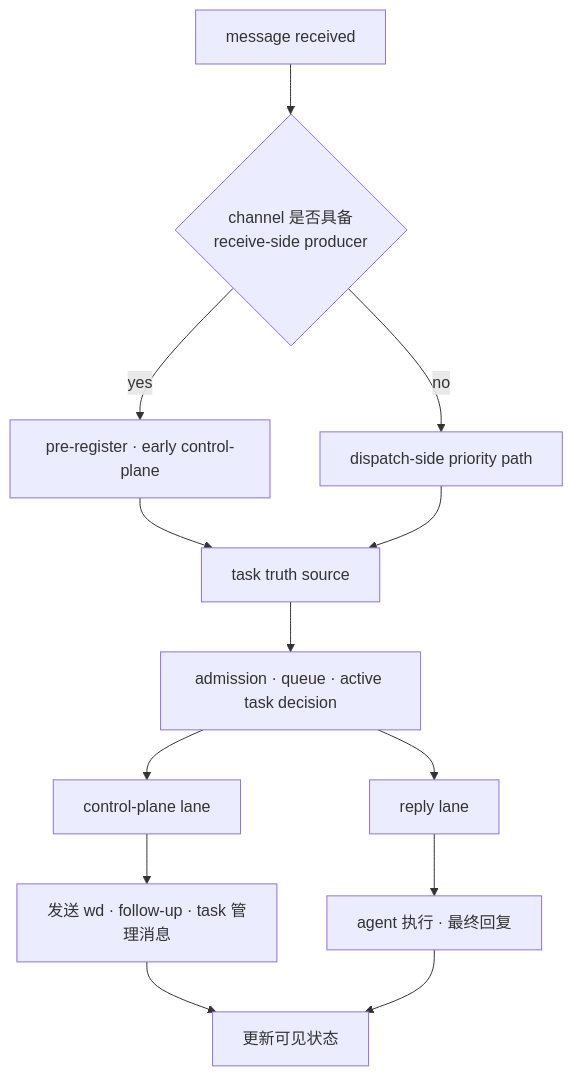
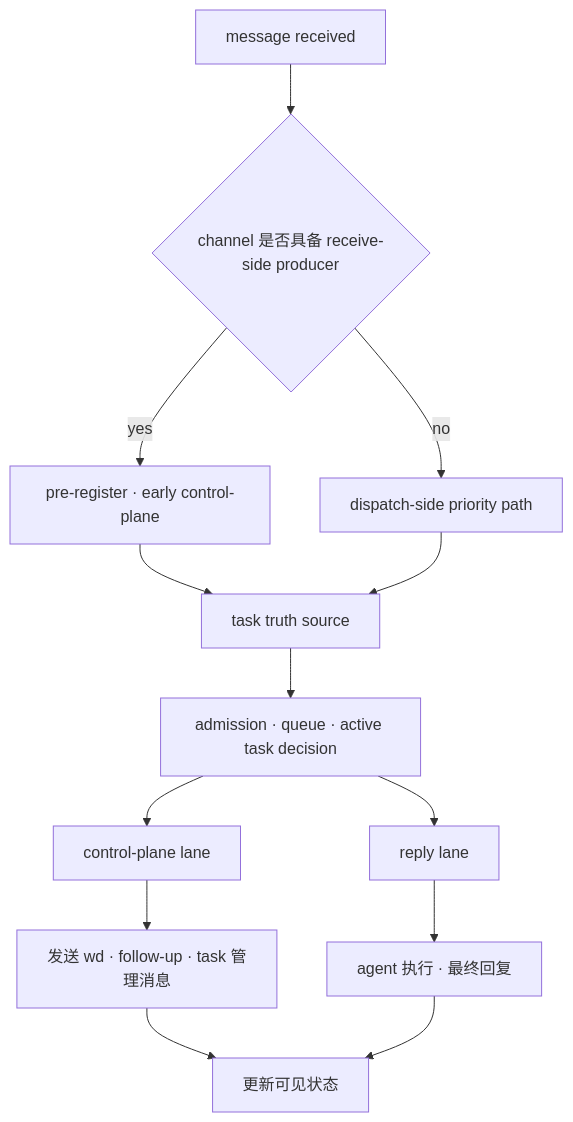
One commit to redcreen/openclaw-task-system changed the second of 2 diagrams in docs/architecture.md. Above: the diagram before and after it, drawn with Mermaid. The commit also changed other lines of this file, not shown here.

Commit message:
Harden mermaid syntax for GitHub rendering

````diff
--- a/docs/architecture.md
+++ b/docs/architecture.md
@@ -145,25 +145,25 @@
 ```mermaid
 flowchart TD
-    M[message received]
-    G{"channel 是否具备<br/>receive-side producer"}
+    M["message received"]
+    G{"channel 是否具备 receive-side producer"}
     PR["pre-register · early control-plane"]
     DP["dispatch-side priority path"]
     TT["task truth source"]
     AD["admission · queue · active task decision"]
     CL["control-plane lane"]
     RL["reply lane"]
     CP["发送 wd · follow-up · task 管理消息"]
     RR["agent 执行 · 最终回复"]
     ST["更新可见状态"]
 
     M --> G
     G -- yes --> PR
     G -- no --> DP
     PR --> TT
     DP --> TT
     TT --> AD
     AD --> CL
     AD --> RL
     CL --> CP --> ST
     RL --> RR --> ST
 ```
````
